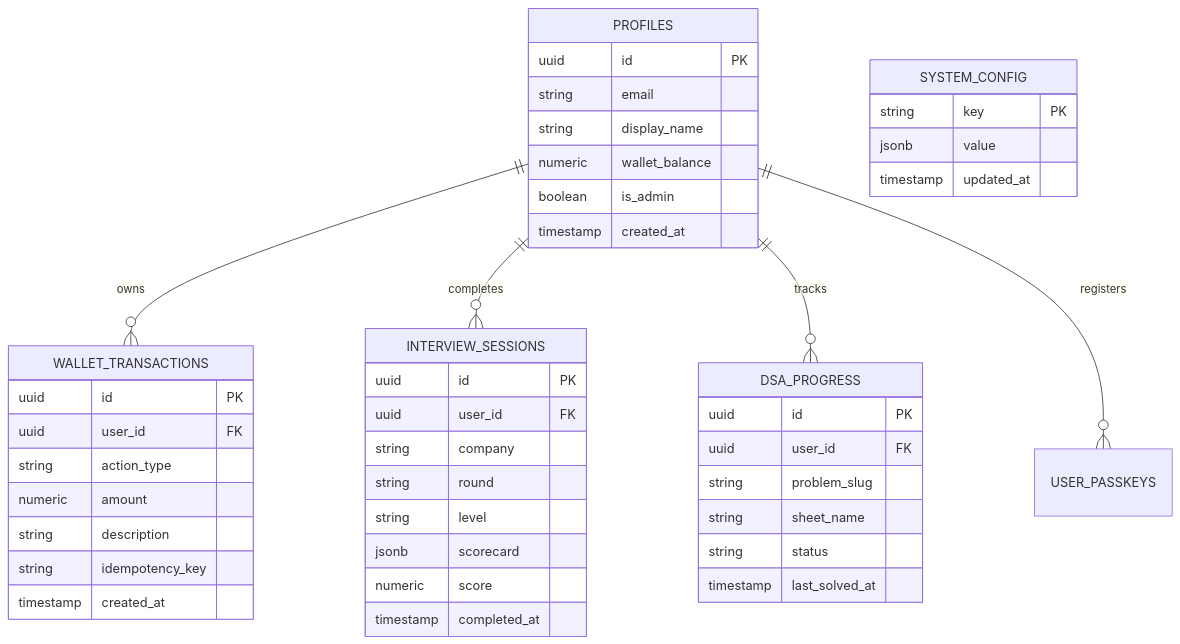
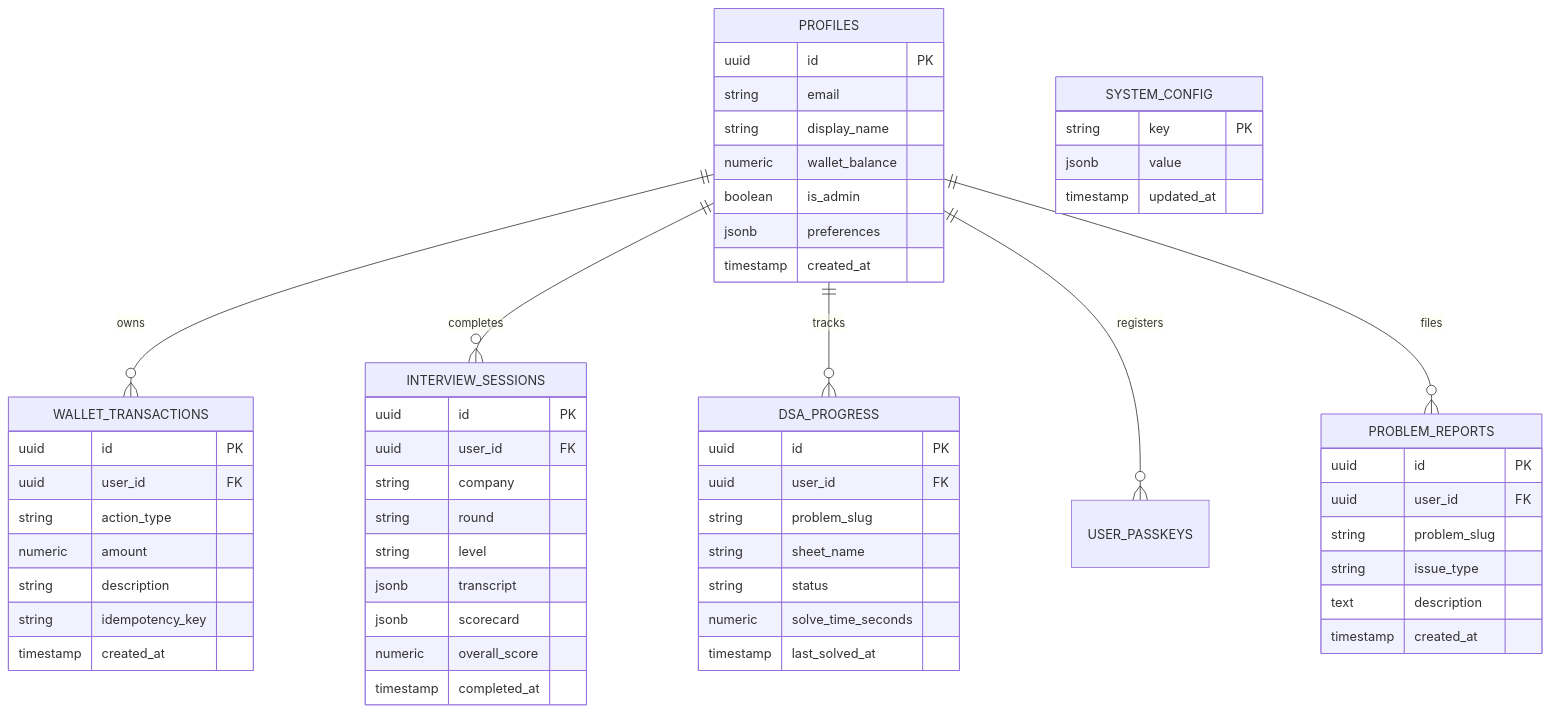
Before and after one commit to mdalamrahman/edustreams: the fourth of 4 diagrams in SYSTEM_ARCHITECTURE.md, drawn with Mermaid. The commit also changed other lines of this file and 1 other file, not shown here.

````diff
--- a/SYSTEM_ARCHITECTURE.md
+++ b/SYSTEM_ARCHITECTURE.md
@@ -247,52 +155,65 @@
 ```mermaid
 erDiagram
     PROFILES ||--o{ WALLET_TRANSACTIONS : owns
     PROFILES ||--o{ INTERVIEW_SESSIONS : completes
     PROFILES ||--o{ DSA_PROGRESS : tracks
     PROFILES ||--o{ USER_PASSKEYS : registers
+    PROFILES ||--o{ PROBLEM_REPORTS : files
 
     PROFILES {
         uuid id PK
         string email
         string display_name
         numeric wallet_balance
         boolean is_admin
+        jsonb preferences
         timestamp created_at
     }
 
     WALLET_TRANSACTIONS {
         uuid id PK
         uuid user_id FK
         string action_type
         numeric amount
         string description
         string idempotency_key
         timestamp created_at
     }
 
     INTERVIEW_SESSIONS {
         uuid id PK
         uuid user_id FK
         string company
         string round
         string level
+        jsonb transcript
         jsonb scorecard
-        numeric score
+        numeric overall_score
         timestamp completed_at
     }
 
     DSA_PROGRESS {
         uuid id PK
         uuid user_id FK
         string problem_slug
         string sheet_name
         string status
+        numeric solve_time_seconds
         timestamp last_solved_at
+    }
+
+    PROBLEM_REPORTS {
+        uuid id PK
+        uuid user_id FK
+        string problem_slug
+        string issue_type
+        text description
+        timestamp created_at
     }
 
     SYSTEM_CONFIG {
         string key PK
         jsonb value
         timestamp updated_at
     }
 ```
````
